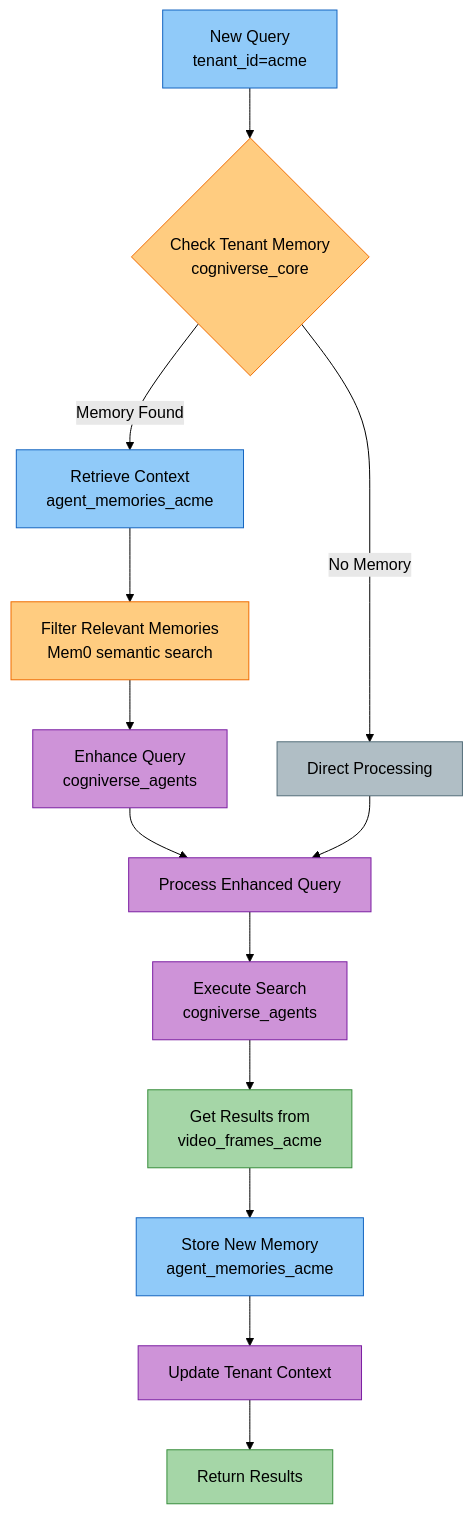
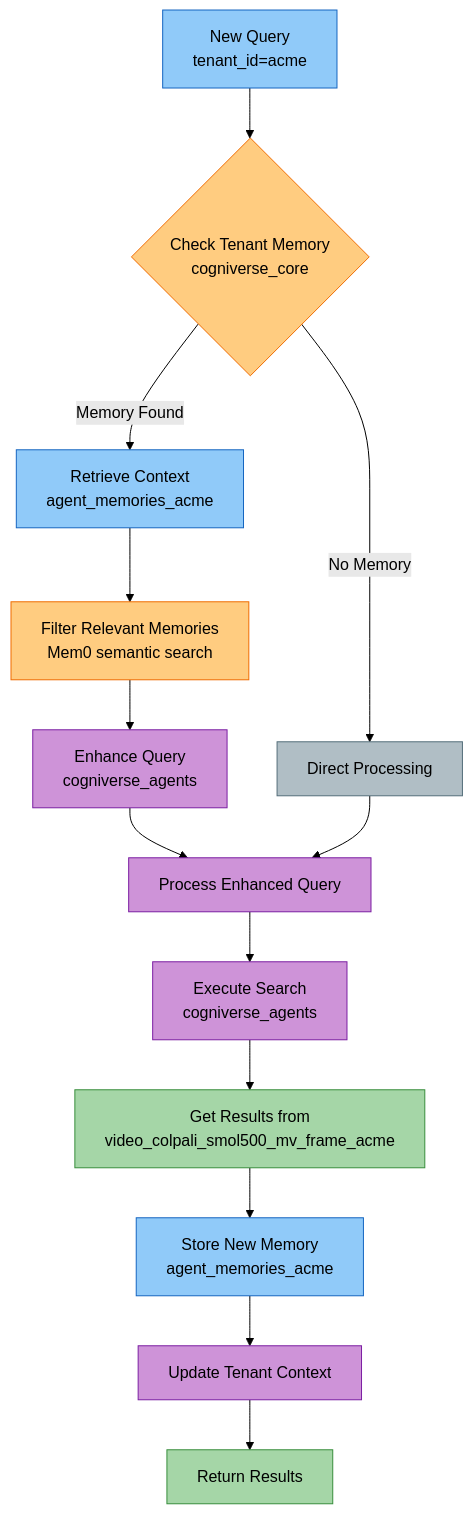
Before and after one commit to amit-jain/cogniverse: diagram 18 of 25 in docs/architecture/system-flows.md, drawn with Mermaid (forest theme). The commit also changed other lines of this file and 7 other files, not shown here.

First line of the commit message:
Document all 23 agents and convert diagrams to mermaid

````diff
--- a/docs/architecture/system-flows.md
+++ b/docs/architecture/system-flows.md
@@ -686,34 +824,34 @@
 ```mermaid
 flowchart TB
     Query[<span style='color:#000'>New Query<br/>tenant_id=acme</span>] --> CheckMemory{<span style='color:#000'>Check Tenant Memory<br/>cogniverse_core</span>}
 
     CheckMemory -->|Memory Found| Retrieve[<span style='color:#000'>Retrieve Context<br/>agent_memories_acme</span>]
     CheckMemory -->|No Memory| Direct[<span style='color:#000'>Direct Processing</span>]
 
     Retrieve --> Relevant[<span style='color:#000'>Filter Relevant Memories<br/>Mem0 semantic search</span>]
     Relevant --> Enhance[<span style='color:#000'>Enhance Query<br/>cogniverse_agents</span>]
 
     Enhance --> Process[<span style='color:#000'>Process Enhanced Query</span>]
     Direct --> Process
 
     Process --> Execute[<span style='color:#000'>Execute Search<br/>cogniverse_agents</span>]
-    Execute --> Results[<span style='color:#000'>Get Results from<br/>video_frames_acme</span>]
+    Execute --> Results[<span style='color:#000'>Get Results from<br/>video_colpali_smol500_mv_frame_acme</span>]
 
     Results --> Store[<span style='color:#000'>Store New Memory<br/>agent_memories_acme</span>]
     Store --> Update[<span style='color:#000'>Update Tenant Context</span>]
 
     Update --> Return[<span style='color:#000'>Return Results</span>]
 
     style Query fill:#90caf9,stroke:#1565c0,color:#000
     style CheckMemory fill:#ffcc80,stroke:#ef6c00,color:#000
     style Retrieve fill:#90caf9,stroke:#1565c0,color:#000
     style Direct fill:#b0bec5,stroke:#546e7a,color:#000
     style Relevant fill:#ffcc80,stroke:#ef6c00,color:#000
     style Enhance fill:#ce93d8,stroke:#7b1fa2,color:#000
     style Process fill:#ce93d8,stroke:#7b1fa2,color:#000
     style Execute fill:#ce93d8,stroke:#7b1fa2,color:#000
     style Results fill:#a5d6a7,stroke:#388e3c,color:#000
     style Store fill:#90caf9,stroke:#1565c0,color:#000
     style Update fill:#ce93d8,stroke:#7b1fa2,color:#000
     style Return fill:#a5d6a7,stroke:#388e3c,color:#000
 ```
````
